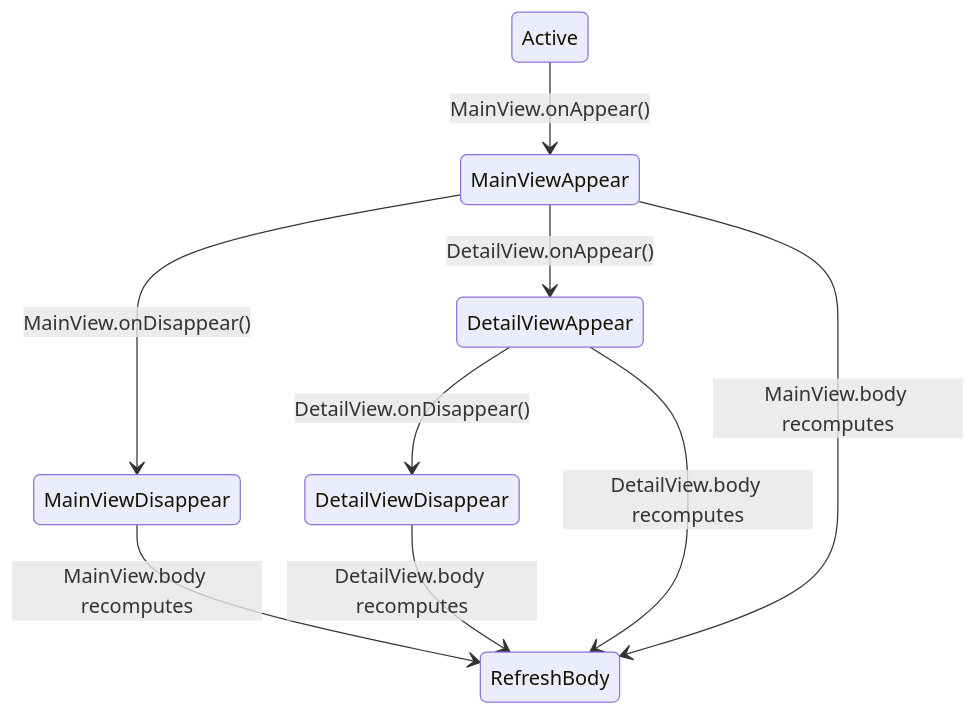
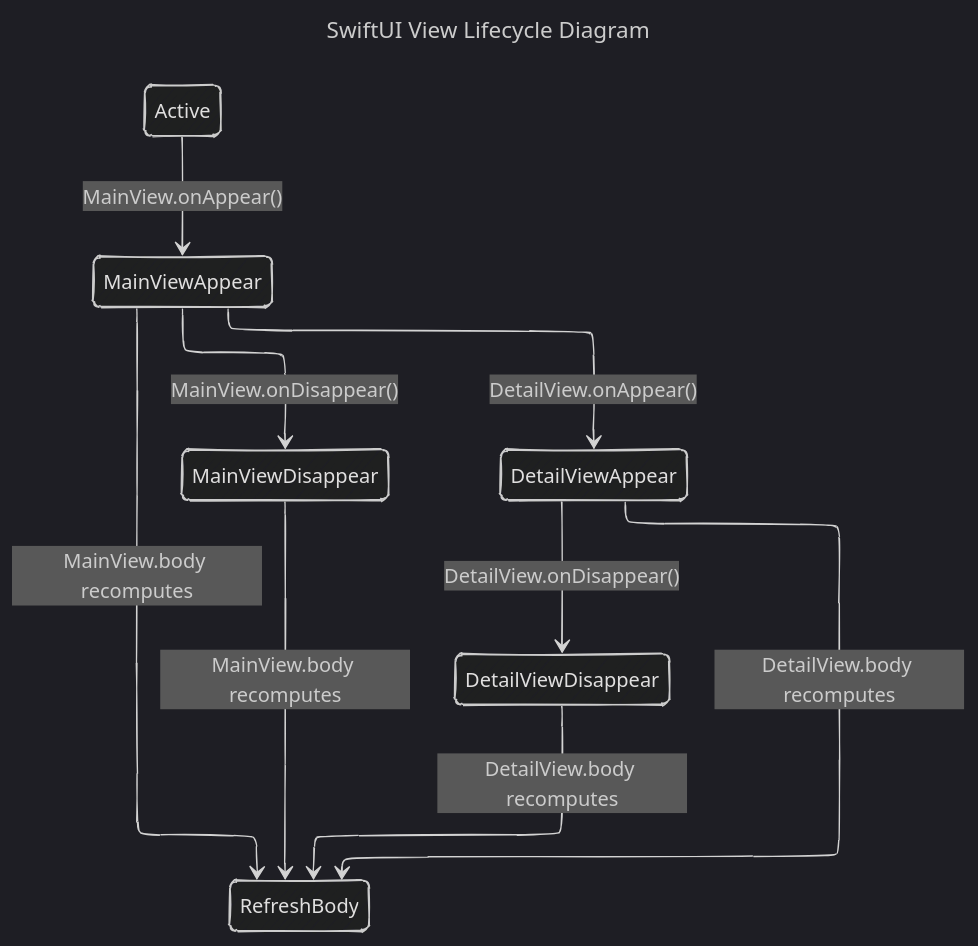
One commit to CongLeSolutionX/iOS-development-vault changed the fifth of 6 diagrams in iOS_app_and_view_lifecycle/iOS_app_lifecycle_with_UIKit_and_SwiftUI.md. Above: the diagram before and after it, drawn with Mermaid. The commit also changed other lines of this file and 8 other files, not shown here.

````diff
--- a/iOS_app_and_view_lifecycle/iOS_app_lifecycle_with_UIKit_and_SwiftUI.md
+++ b/iOS_app_and_view_lifecycle/iOS_app_lifecycle_with_UIKit_and_SwiftUI.md
@@ -246,13 +271,19 @@
 ```mermaid
-%% SwiftUI View Lifecycle Diagram
+---
+title: SwiftUI View Lifecycle Diagram
+config:
+  layout: elk
+  look: handDrawn
+  theme: dark
+---
 stateDiagram-v2
     Active --> MainViewAppear : MainView.onAppear()
     MainViewAppear --> MainViewDisappear : MainView.onDisappear()
     MainViewAppear --> DetailViewAppear : DetailView.onAppear()
     DetailViewAppear --> DetailViewDisappear : DetailView.onDisappear()
     MainViewAppear --> RefreshBody : MainView.body recomputes
     DetailViewAppear --> RefreshBody : DetailView.body recomputes
     MainViewDisappear --> RefreshBody : MainView.body recomputes
     DetailViewDisappear --> RefreshBody : DetailView.body recomputes
 
 ```
````
